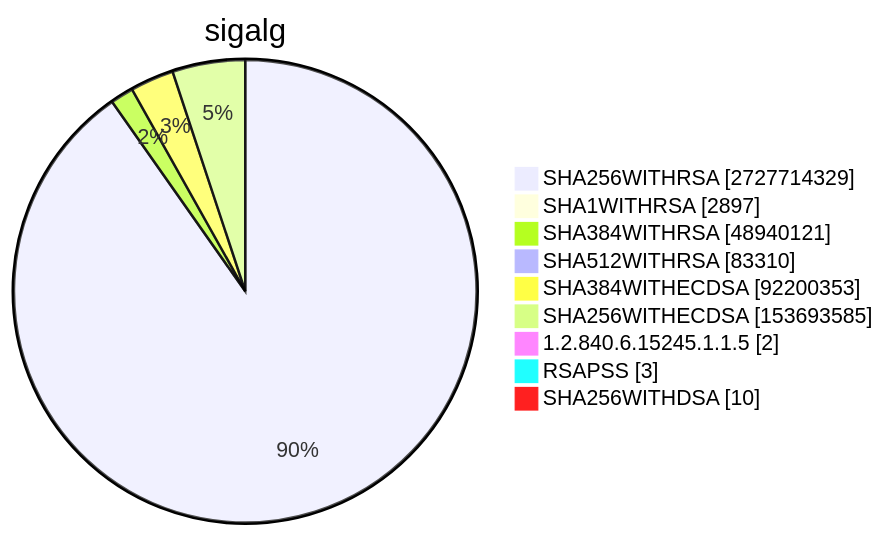
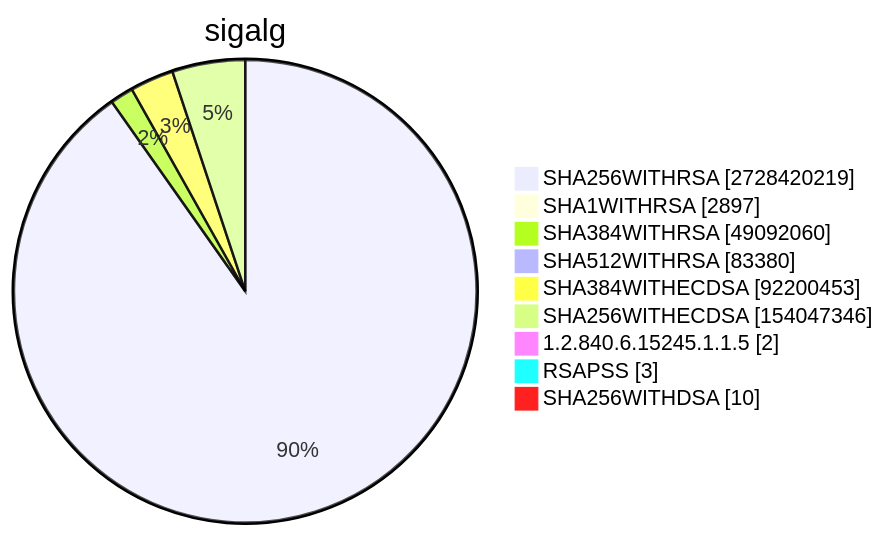
Diagram 15 of 15 in TOTAL/README.md (christiankrug/ctmonitor_visualization), drawn with Mermaid before and after one commit. The commit also changed other lines of this file, not shown here.

````diff
--- a/TOTAL/README.md
+++ b/TOTAL/README.md
@@ -6195,13 +6195,13 @@
 ```mermaid
 pie showData
 title sigalg
-"SHA256WITHRSA" :2727714329
+"SHA256WITHRSA" :2728420219
 "SHA1WITHRSA" :2897
-"SHA384WITHRSA" :48940121
-"SHA512WITHRSA" :83310
-"SHA384WITHECDSA" :92200353
-"SHA256WITHECDSA" :153693585
+"SHA384WITHRSA" :49092060
+"SHA512WITHRSA" :83380
+"SHA384WITHECDSA" :92200453
+"SHA256WITHECDSA" :154047346
 "1.2.840.6.15245.1.1.5" :2
 "RSAPSS" :3
 "SHA256WITHDSA" :10
 ```
````
